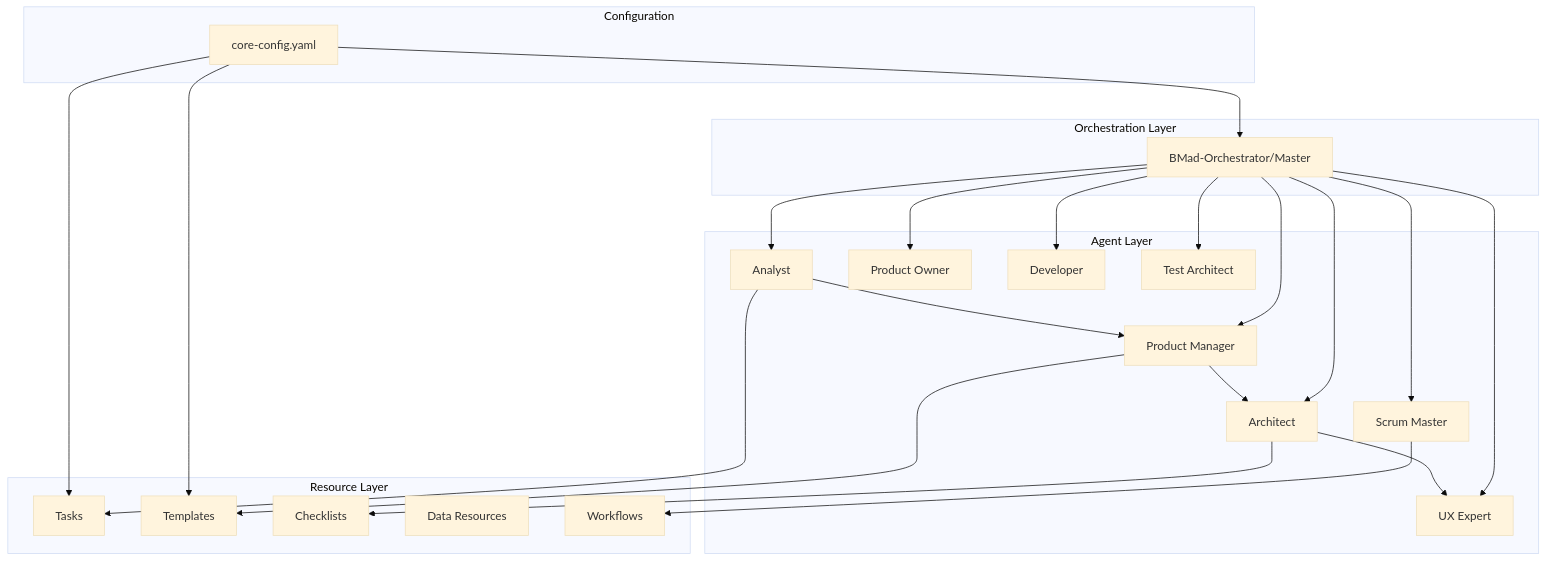
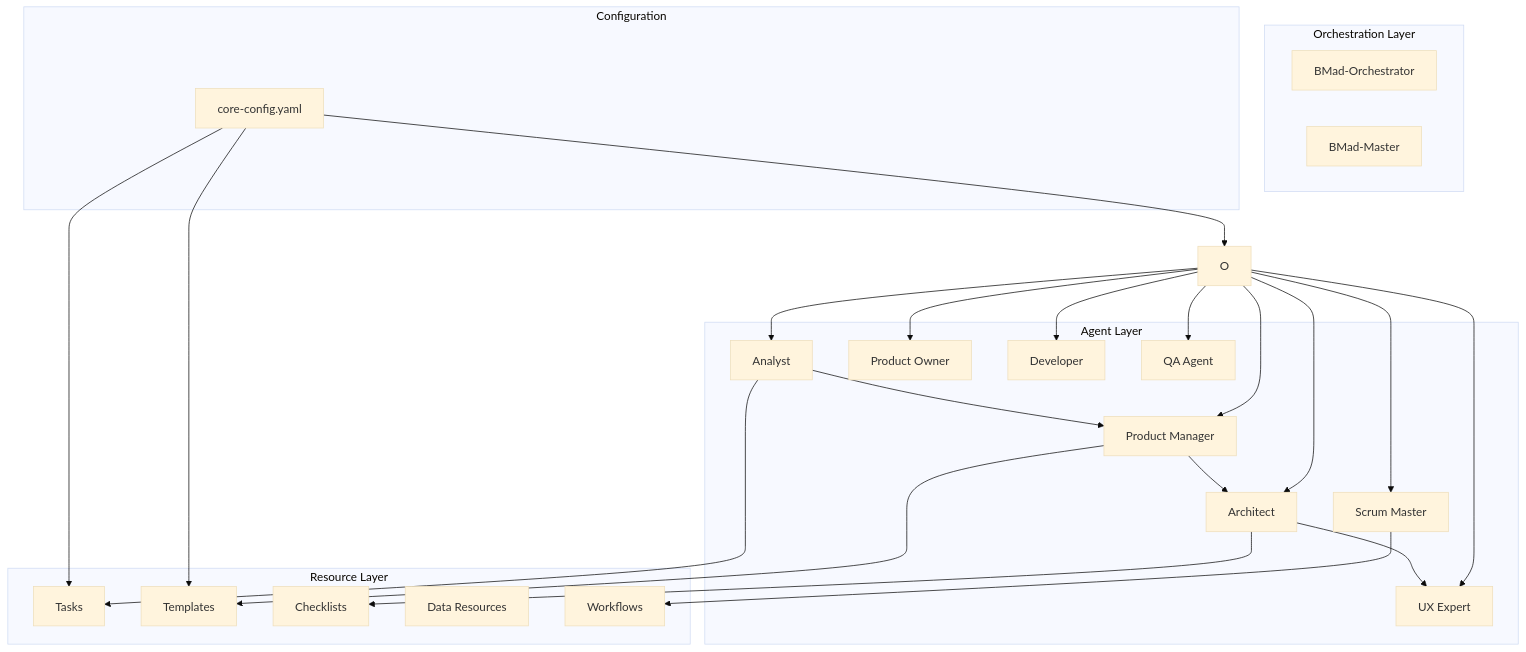
One commit to ajflexxx/bmad-method-guide changed the diagram in 01-bmad-overview.md. Above: the diagram before and after it, drawn with Mermaid (base theme). The commit also changed other lines of this file and 2 other files, not shown here.

````diff
--- a/01-bmad-overview.md
+++ b/01-bmad-overview.md
@@ -15,46 +15,47 @@
 ```mermaid
 graph TD
     subgraph "Orchestration Layer"
-        O[BMad-Orchestrator/Master]
+        BO[BMad-Orchestrator]
+        BM[BMad-Master]
     end
     
     subgraph "Agent Layer"
         A[Analyst] --> PM[Product Manager]
         PM --> AR[Architect]
         AR --> UX[UX Expert]
         PO[Product Owner]
         SM[Scrum Master]
         DEV[Developer]
-        QA[Test Architect]
+        QA[QA Agent]
     end
     
     subgraph "Resource Layer"
         T[Tasks]
         TM[Templates]
         C[Checklists]
         D[Data Resources]
         W[Workflows]
     end
     
     subgraph "Configuration"
         CF[core-config.yaml]
     end
     
     O --> A
     O --> PM
     O --> AR
     O --> UX
     O --> PO
     O --> SM
     O --> DEV
     O --> QA
     
     A --> T
     PM --> TM
     AR --> C
     SM --> W
     
     CF --> O
     CF --> T
     CF --> TM
 ```
````
